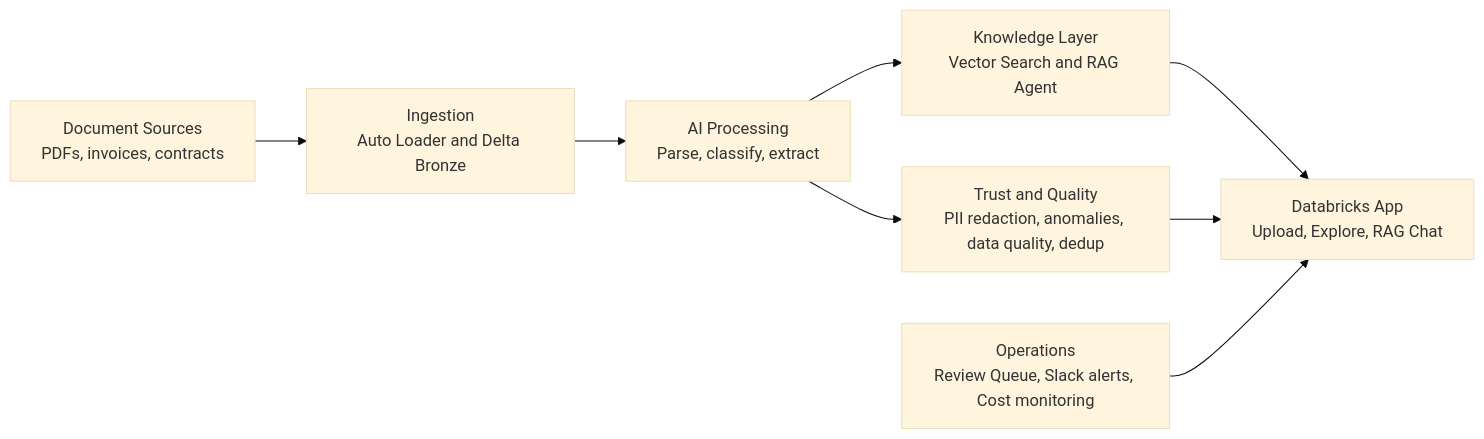
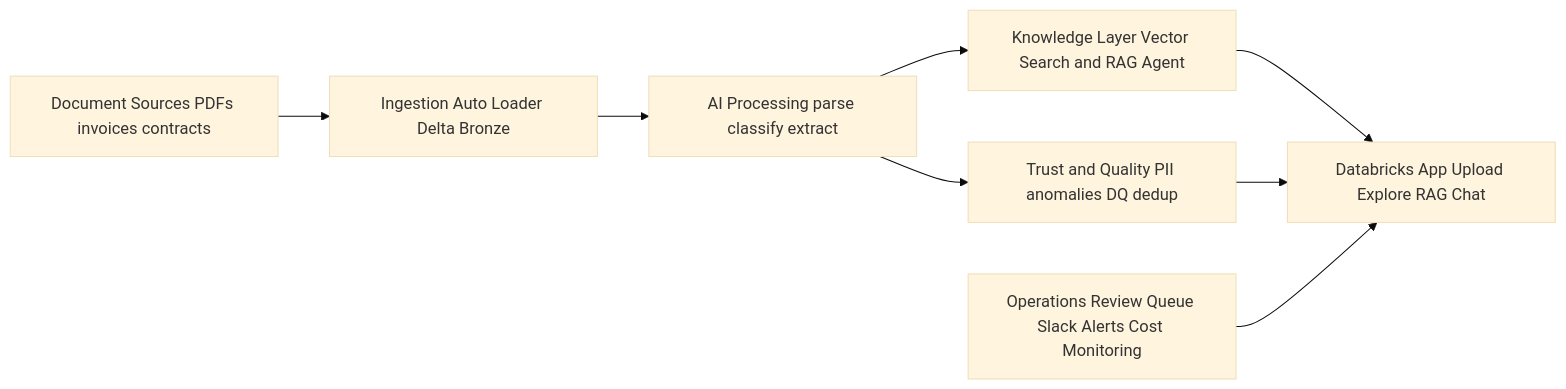
The first of 2 diagrams in README.md (PratikhyaManas/Document-Intelligence-Platform-Databricks), drawn with Mermaid (base theme) before and after one commit. The commit also changed other lines of this file, not shown here.

````diff
--- a/README.md
+++ b/README.md
@@ -33,10 +33,10 @@
 ```mermaid
 flowchart LR
-   A[Document Sources\nPDFs, invoices, contracts] --> B[Ingestion\nAuto Loader and Delta Bronze]
-   B --> C[AI Processing\nParse, classify, extract]
-   C --> D[Knowledge Layer\nVector Search and RAG Agent]
-   C --> E[Trust and Quality\nPII redaction, anomalies, data quality, dedup]
-   D --> F[Databricks App\nUpload, Explore, RAG Chat]
+   A[Document Sources PDFs invoices contracts] --> B[Ingestion Auto Loader Delta Bronze]
+   B --> C[AI Processing parse classify extract]
+   C --> D[Knowledge Layer Vector Search and RAG Agent]
+   C --> E[Trust and Quality PII anomalies DQ dedup]
+   D --> F[Databricks App Upload Explore RAG Chat]
    E --> F
-   G[Operations\nReview Queue, Slack alerts, Cost monitoring] --> F
+   G[Operations Review Queue Slack Alerts Cost Monitoring] --> F
 ```
````
